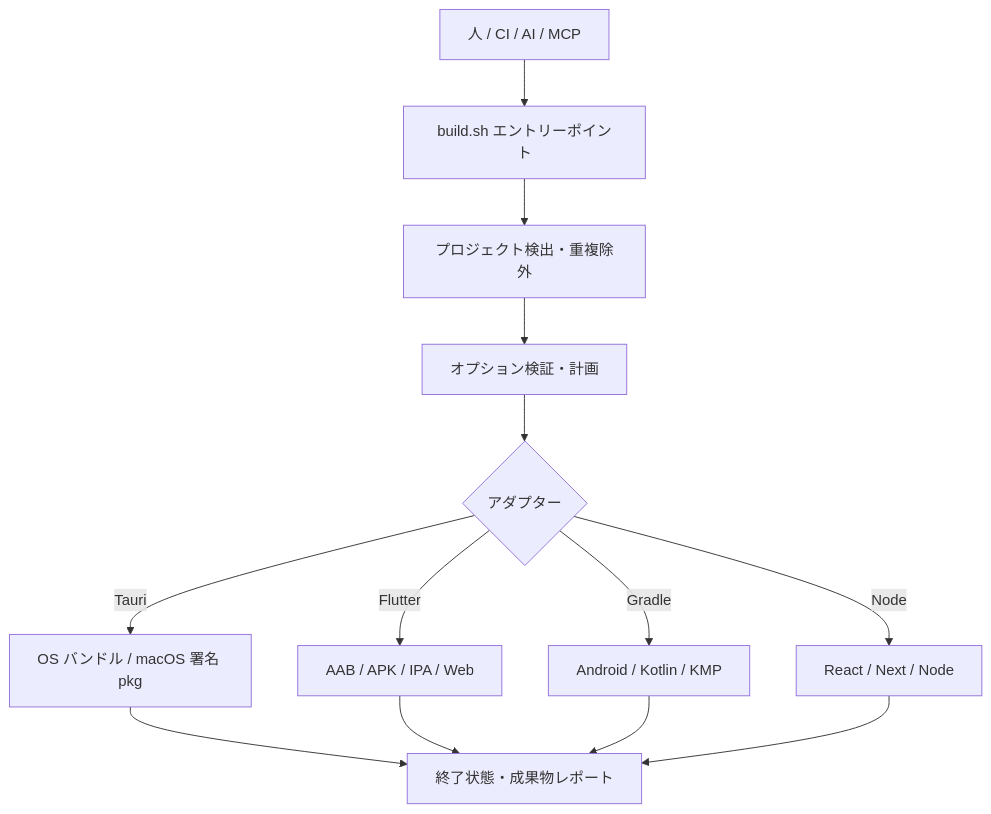
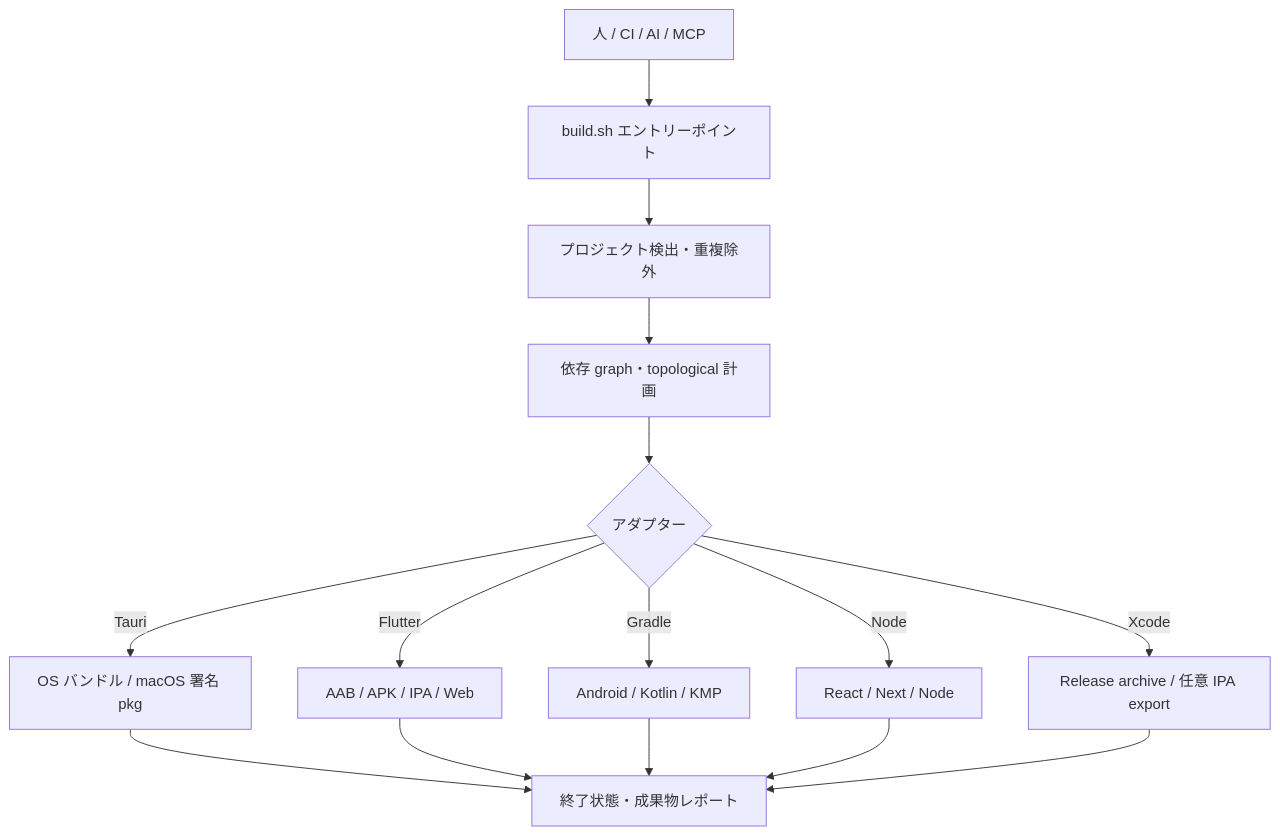
Before and after one commit to kimdzhekhon/Universal-Build-Script: the first of 8 diagrams in README.ja.md, drawn with Mermaid. The commit also changed other lines of this file and 20 other files, not shown here.

Commit message:
feat: complete build orchestration roadmap

````diff
--- a/README.ja.md
+++ b/README.ja.md
@@ -62,15 +63,17 @@
 ```mermaid
 flowchart TD
     U["人 / CI / AI / MCP"] --> B["build.sh エントリーポイント"]
     B --> D["プロジェクト検出・重複除外"]
-    D --> P["オプション検証・計画"]
+    D --> P["依存 graph・topological 計画"]
     P --> A{"アダプター"}
     A -->|"Tauri"| T["OS バンドル / macOS 署名 pkg"]
     A -->|"Flutter"| F["AAB / APK / IPA / Web"]
     A -->|"Gradle"| G["Android / Kotlin / KMP"]
     A -->|"Node"| N["React / Next / Node"]
+    A -->|"Xcode"| X["Release archive / 任意 IPA export"]
     T --> R["終了状態・成果物レポート"]
     F --> R
     G --> R
     N --> R
+    X --> R
 ```
````
